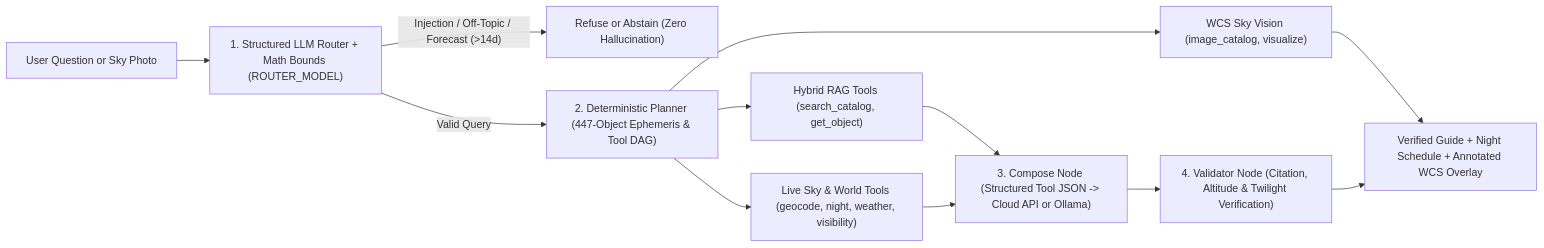
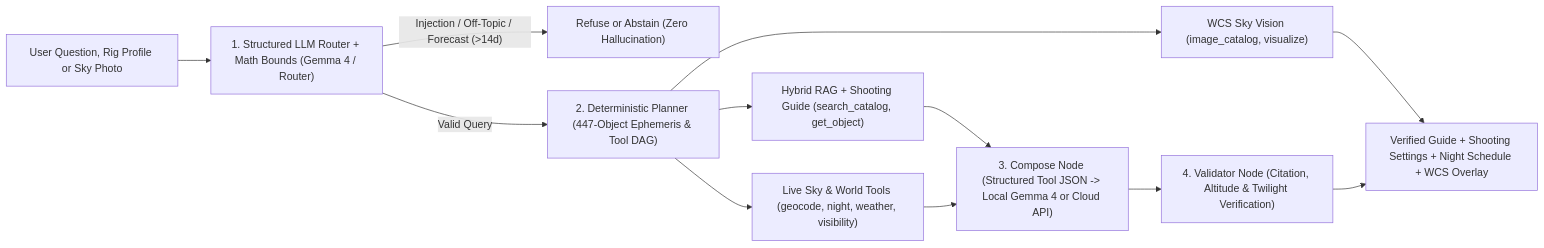
Before and after one commit to Waxguillermo/Astropilote: the diagram in README.md, drawn with Mermaid. The commit also changed other lines of this file and 9 other files, not shown here.

Commit message:
feat(llm,ui): set local Gemma 4 as default engine and list local model first

````diff
--- a/README.md
+++ b/README.md
@@ -16,17 +16,17 @@
 ```mermaid
 flowchart LR
-    U["User Question or Sky Photo"] --> G["1. Structured LLM Router + Math Bounds (ROUTER_MODEL)"]
+    U["User Question, Rig Profile or Sky Photo"] --> G["1. Structured LLM Router + Math Bounds (Gemma 4 / Router)"]
     G -->|"Injection / Off-Topic / Forecast (>14d)"| R["Refuse or Abstain (Zero Hallucination)"]
-    G -->|Valid Query| A["2. Deterministic Planner (447-Object Ephemeris & Tool DAG)"]
+    G -->|"Valid Query"| A["2. Deterministic Planner (447-Object Ephemeris & Tool DAG)"]
 
-    A --> T1["Hybrid RAG Tools (search_catalog, get_object)"]
+    A --> T1["Hybrid RAG + Shooting Guide (search_catalog, get_object)"]
     A --> T2["Live Sky & World Tools (geocode, night, weather, visibility)"]
     A --> T3["WCS Sky Vision (image_catalog, visualize)"]
 
-    T1 --> C["3. Compose Node (Structured Tool JSON -> Cloud API or Ollama)"]
+    T1 --> C["3. Compose Node (Structured Tool JSON -> Local Gemma 4 or Cloud API)"]
     T2 --> C
-    T3 --> O["Verified Guide + Night Schedule + Annotated WCS Overlay"]
+    T3 --> O["Verified Guide + Shooting Settings + Night Schedule + WCS Overlay"]
 
     C --> V["4. Validator Node (Citation, Altitude & Twilight Verification)"]
     V --> O
 ```
````
